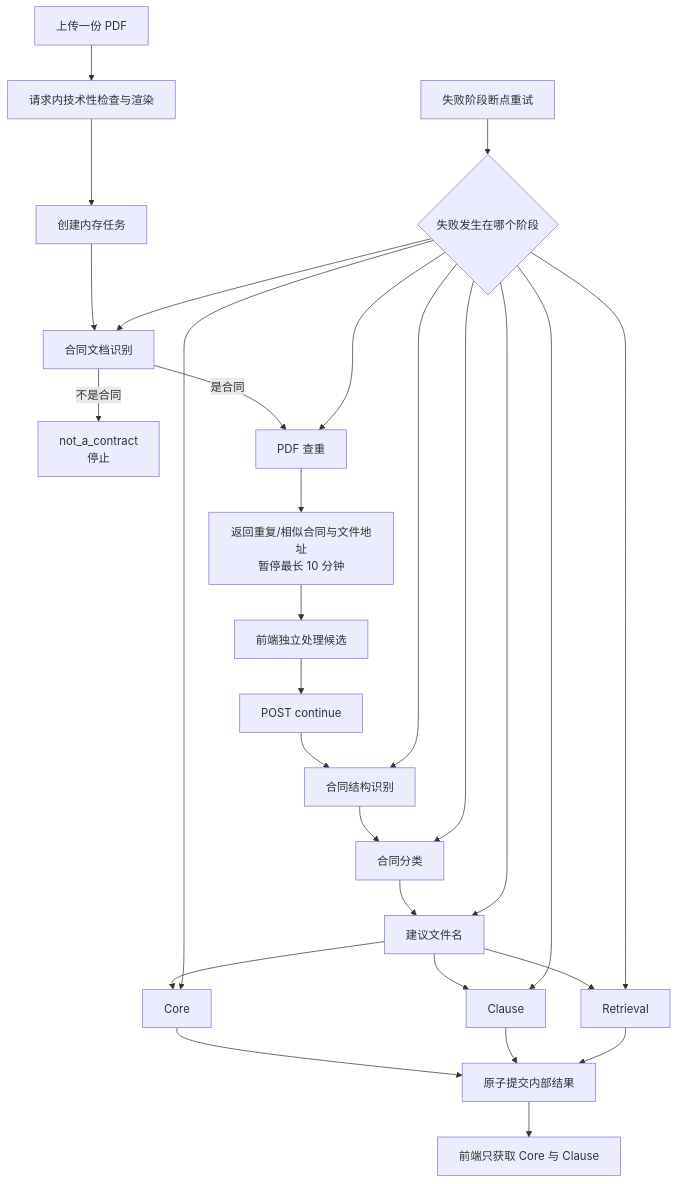
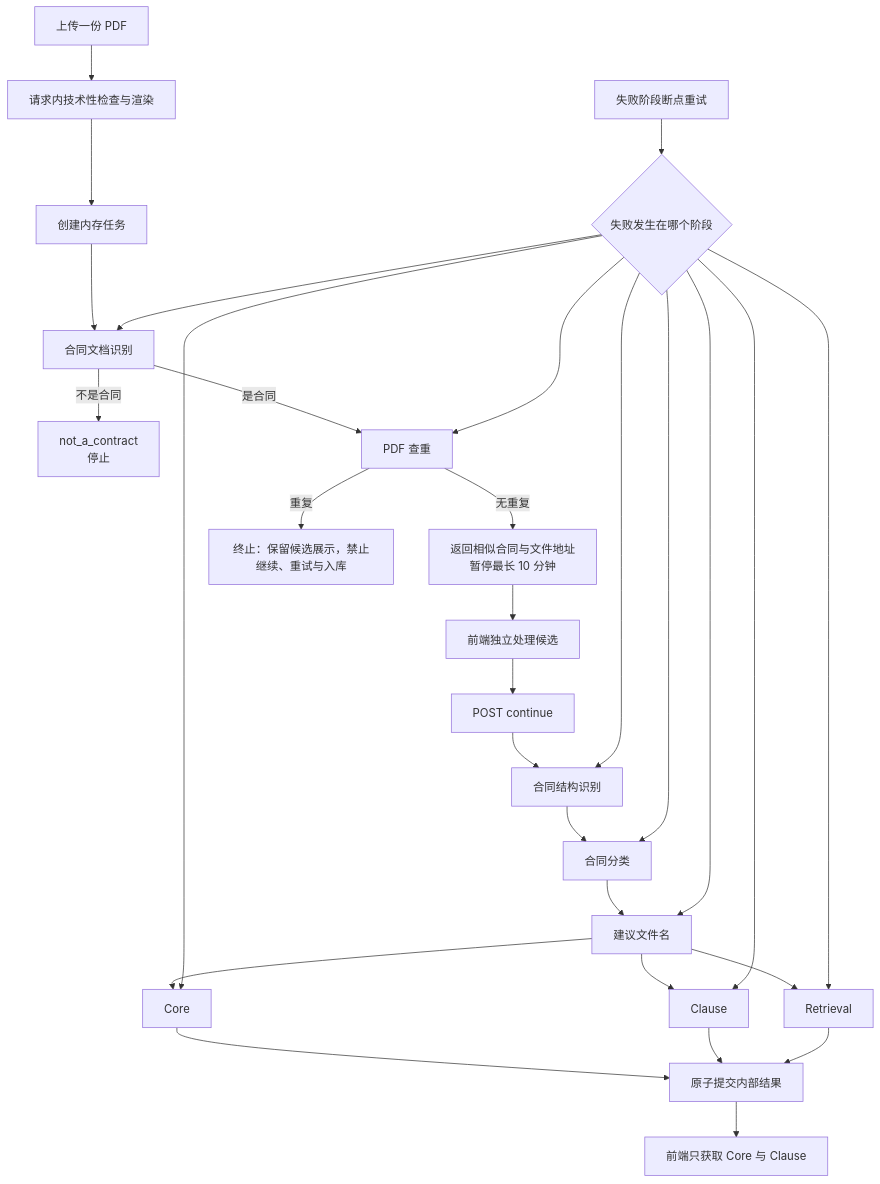
Before and after one commit to caicai-6666/contract-service-be: the diagram in description/architecture/system/contract-extraction-runtime.md, drawn with Mermaid. The commit also changed other lines of this file and 35 other files, not shown here.

````diff
--- a/description/architecture/system/contract-extraction-runtime.md
+++ b/description/architecture/system/contract-extraction-runtime.md
@@ -13,30 +13,31 @@
 ```mermaid
 flowchart TD
     upload["上传一份 PDF"] --> preparation["请求内技术性检查与渲染"]
     preparation --> run["创建内存任务"]
     run --> detection["合同文档识别"]
     detection -->|不是合同| rejected["not_a_contract<br/>停止"]
     detection -->|是合同| deduplication["PDF 查重"]
-    deduplication --> pause["返回重复/相似合同与文件地址<br/>暂停最长 10 分钟"]
+    deduplication -->|无重复| pause["返回相似合同与文件地址<br/>暂停最长 10 分钟"]
+    deduplication -->|重复| duplicate_end["终止：保留候选展示，禁止继续、重试与入库"]
     pause --> external["前端独立处理候选"]
     external --> continue["POST continue"]
     continue --> structure["合同结构识别"]
     structure --> classification["合同分类"]
     classification --> file_name["建议文件名"]
     file_name --> core["Core"]
     file_name --> clause["Clause"]
     file_name --> retrieval["Retrieval"]
     core --> commit["原子提交内部结果"]
     clause --> commit
     retrieval --> commit
     commit --> review["前端只获取 Core 与 Clause"]
     retry["失败阶段断点重试"] --> failed{"失败发生在哪个阶段"}
     failed --> detection
     failed --> deduplication
     failed --> structure
     failed --> classification
     failed --> file_name
     failed --> core
     failed --> clause
     failed --> retrieval
 ```
````
